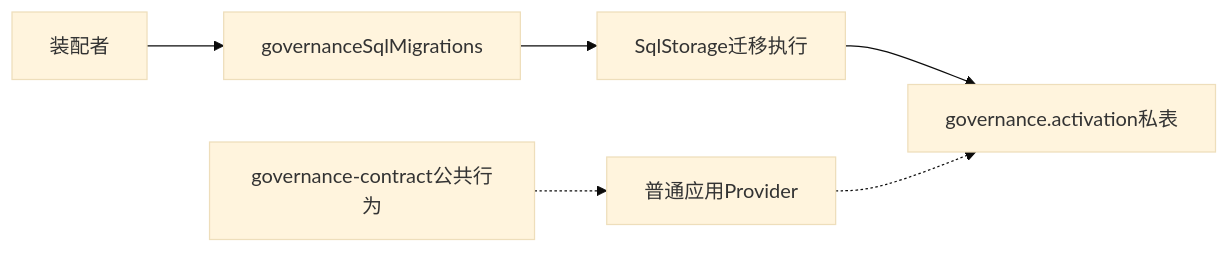
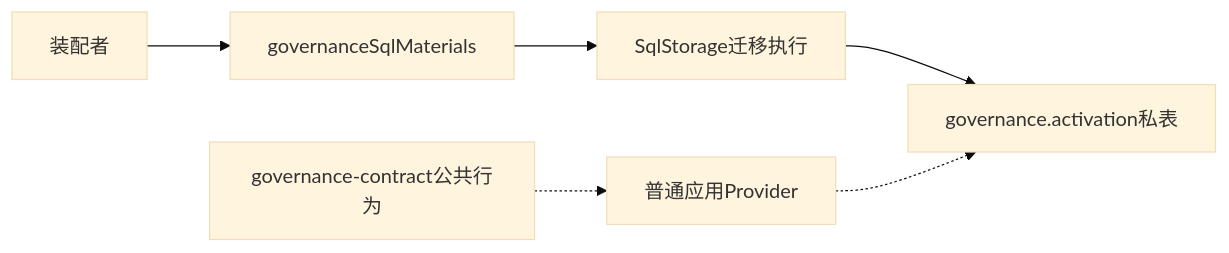
Before and after one commit to nemori-ai/omne-harness-lite: the sixth of 21 diagrams in packages/governance/governance-local/docs/architecture.md, drawn with Mermaid (base theme). The commit also changed other lines of this file and 73 other files, not shown here.

````diff
--- a/packages/governance/governance-local/docs/architecture.md
+++ b/packages/governance/governance-local/docs/architecture.md
@@ -133,8 +133,8 @@
 ```mermaid
 flowchart LR
-  Assembly[装配者] --> Materials[governanceSqlMigrations]
+  Assembly[装配者] --> Materials[governanceSqlMaterials]
   Materials --> SQL[SqlStorage迁移执行]
   SQL --> Relations[governance.activation私表]
   Contract[governance-contract公共行为] -.-> Provider[普通应用Provider]
   Provider -.-> Relations
 ```
````
